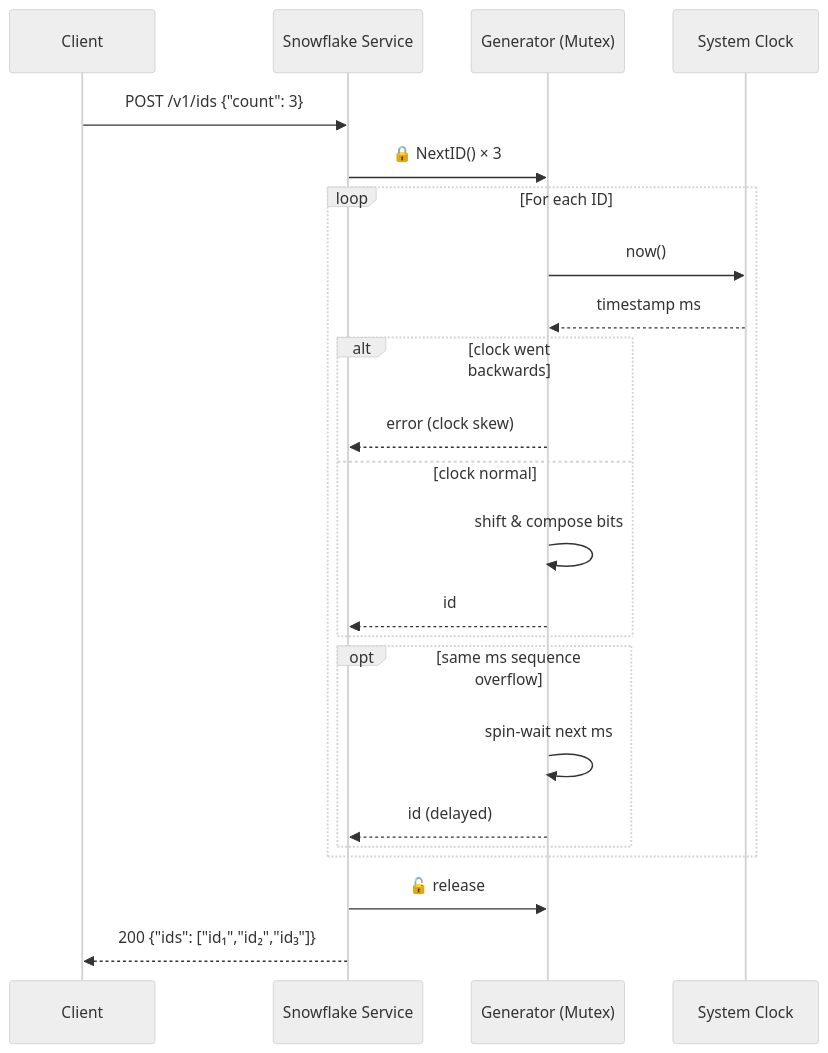
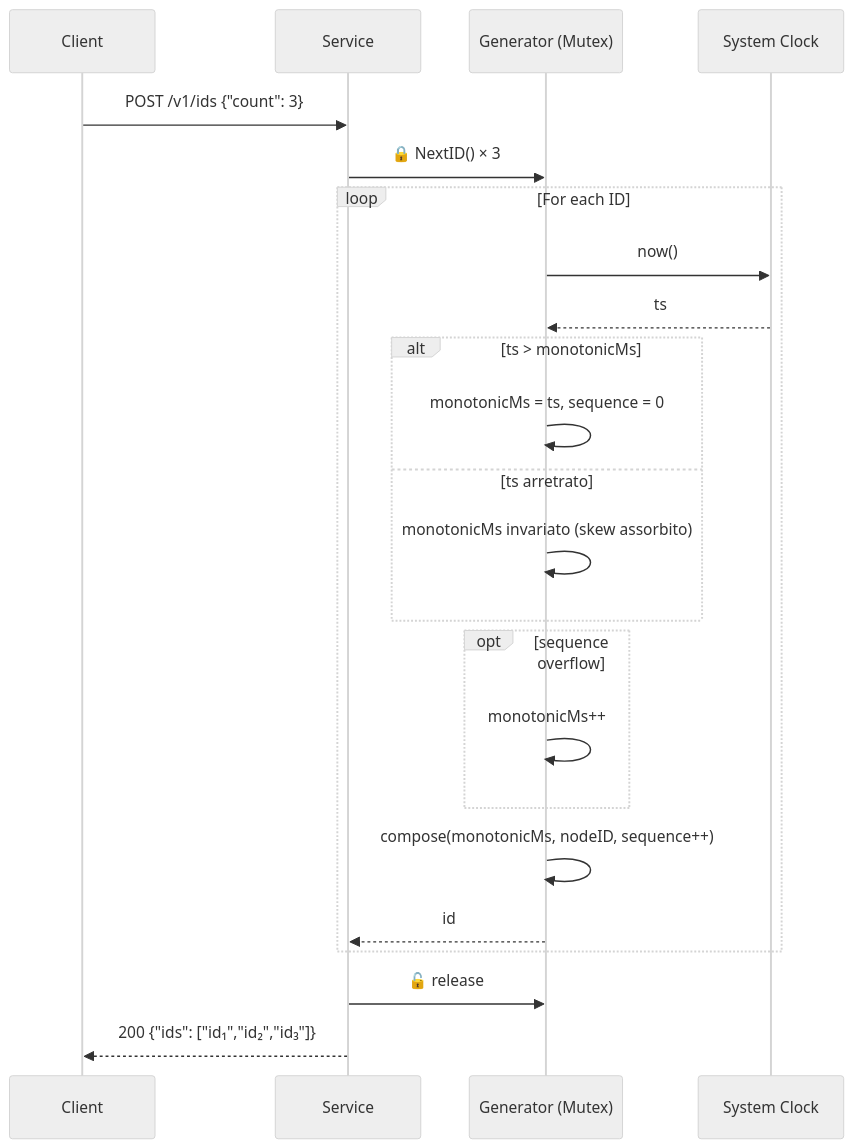
Before and after one commit to Albe83/snowflake-id-service: the third of 5 diagrams in docs/design/snowflake-algorithm-workflow.md, drawn with Mermaid (neutral theme). The commit also changed other lines of this file, not shown here.

Commit message:
docs(design): apply monotonic anchor + ephemeral node ID to all workflow diagrams

````diff
--- a/docs/design/snowflake-algorithm-workflow.md
+++ b/docs/design/snowflake-algorithm-workflow.md
@@ -66,28 +58,28 @@
 ```mermaid
 sequenceDiagram
     participant C as Client
-    participant S as Snowflake Service
+    participant S as Service
     participant G as Generator (Mutex)
     participant Ck as System Clock
 
     C->>S: POST /v1/ids {"count": 3}
     S->>G: 🔒 NextID() × 3
 
     loop For each ID
         G->>Ck: now()
-        Ck-->>G: timestamp ms
-        alt clock went backwards
-            G-->>S: error (clock skew)
-        else clock normal
-            G->>G: shift & compose bits
-            G-->>S: id
+        Ck-->>G: ts
+        alt ts > monotonicMs
+            G->>G: monotonicMs = ts, sequence = 0
+        else ts arretrato
+            G->>G: monotonicMs invariato (skew assorbito)
         end
-        opt same ms sequence overflow
-            G->>G: spin-wait next ms
-            G-->>S: id (delayed)
+        opt sequence overflow
+            G->>G: monotonicMs++
         end
+        G->>G: compose(monotonicMs, nodeID, sequence++)
+        G-->>S: id
     end
 
     S->>G: 🔓 release
     S-->>C: 200 {"ids": ["id₁","id₂","id₃"]}
 ```
````
